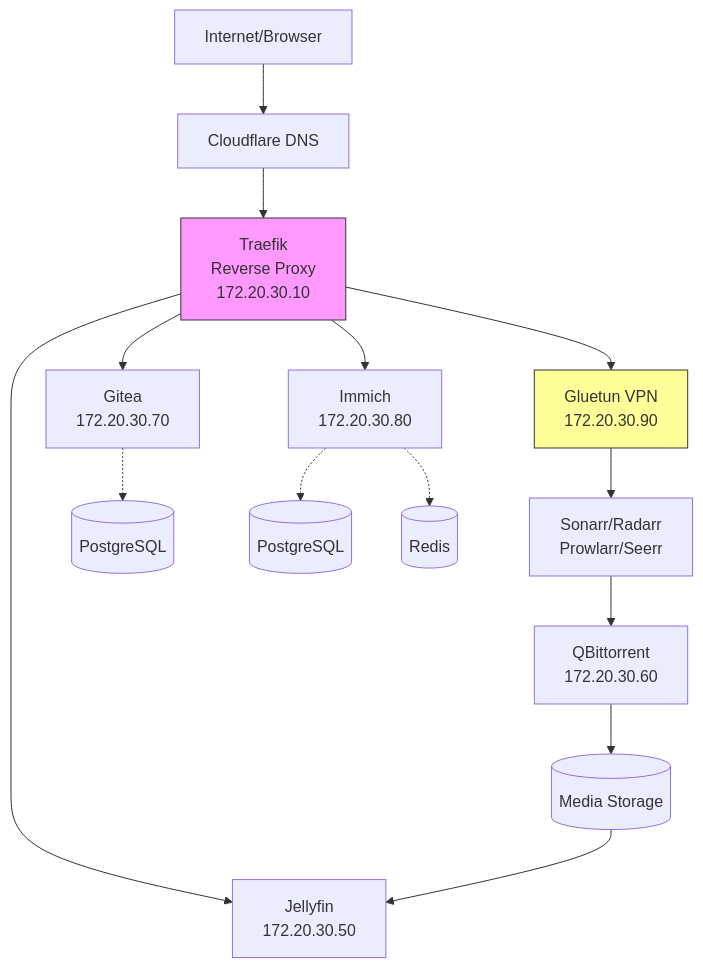
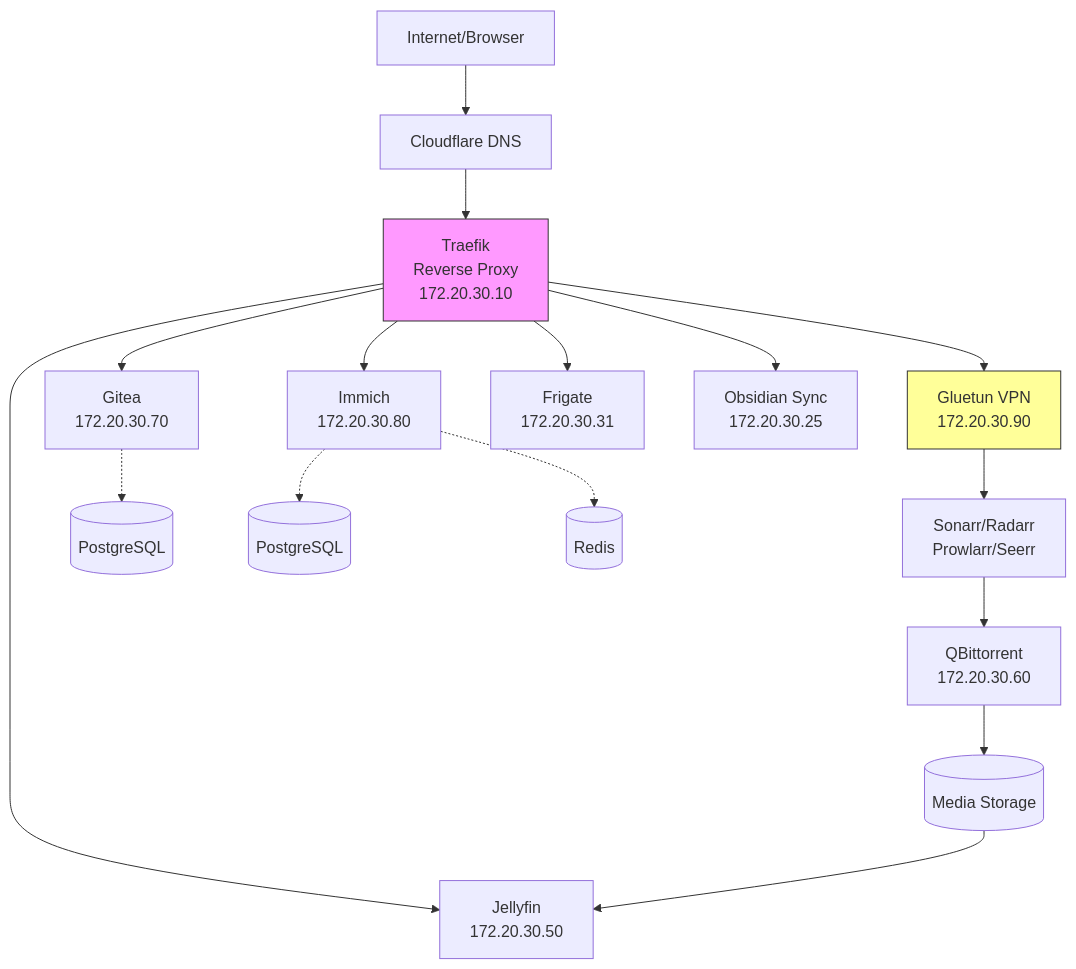
One commit to tubopo/compose-home-nas changed the diagram in README.md. Above: the diagram before and after it, drawn with Mermaid. The commit also changed 1 other file, not shown here.

Commit message:
Simplify CLAUDE.md project & cmd sections
Add Frigate and Obsidian Sync nodes to README diagram

````diff
--- a/README.md
+++ b/README.md
@@ -22,22 +22,24 @@
 ```mermaid
 graph TB
     Internet[Internet/Browser] --> CF[Cloudflare DNS]
     CF --> T[Traefik<br/>Reverse Proxy<br/>172.20.30.10]
     T --> Git[Gitea<br/>172.20.30.70]
     T --> Photos[Immich<br/>172.20.30.80]
     T --> Media[Jellyfin<br/>172.20.30.50]
     T --> VPN[Gluetun VPN<br/>172.20.30.90]
+    T --> Cam[Frigate<br/>172.20.30.31]
+    T --> Notes[Obsidian Sync<br/>172.20.30.25]
 
     VPN --> ARR[Sonarr/Radarr<br/>Prowlarr/Seerr]
 
     Git -.-> PG1[(PostgreSQL)]
     Photos -.-> PG2[(PostgreSQL)]
     Photos -.-> Redis[(Redis)]
 
     ARR --> DL[QBittorrent<br/>172.20.30.60]
     DL --> Storage[(Media Storage)]
     Storage --> Media
 
     style T fill:#f9f,stroke:#333
     style VPN fill:#ff9,stroke:#333
 ```
````
